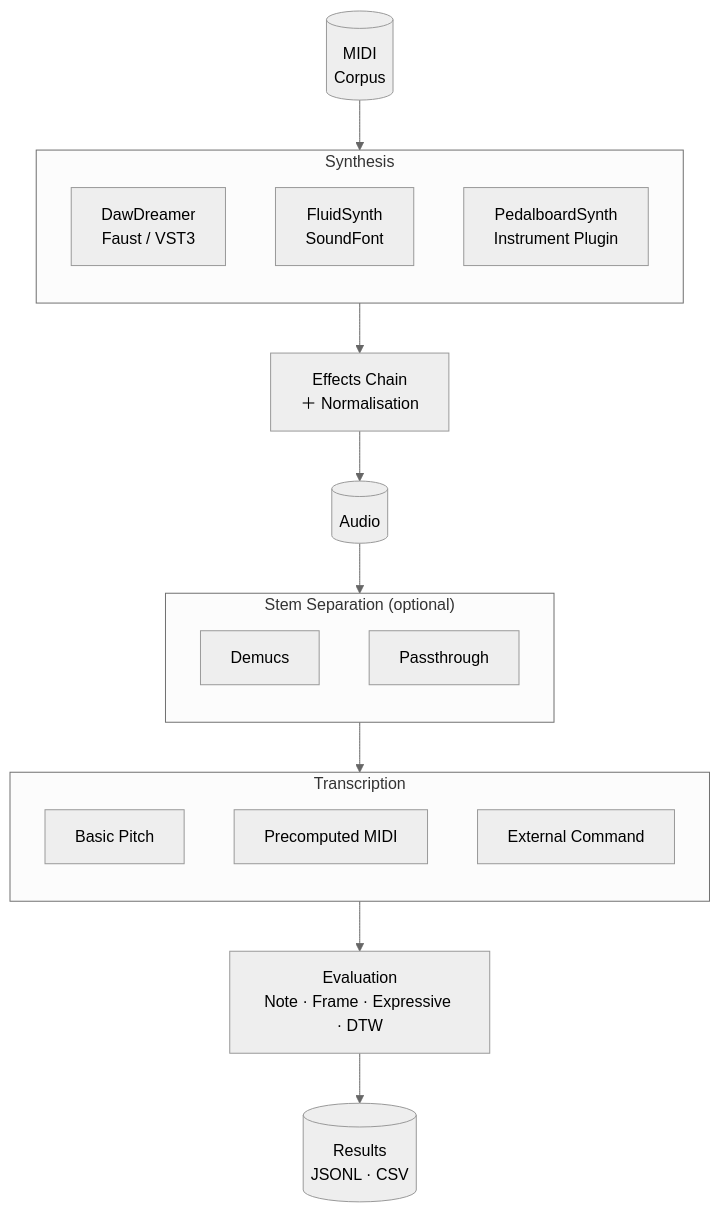
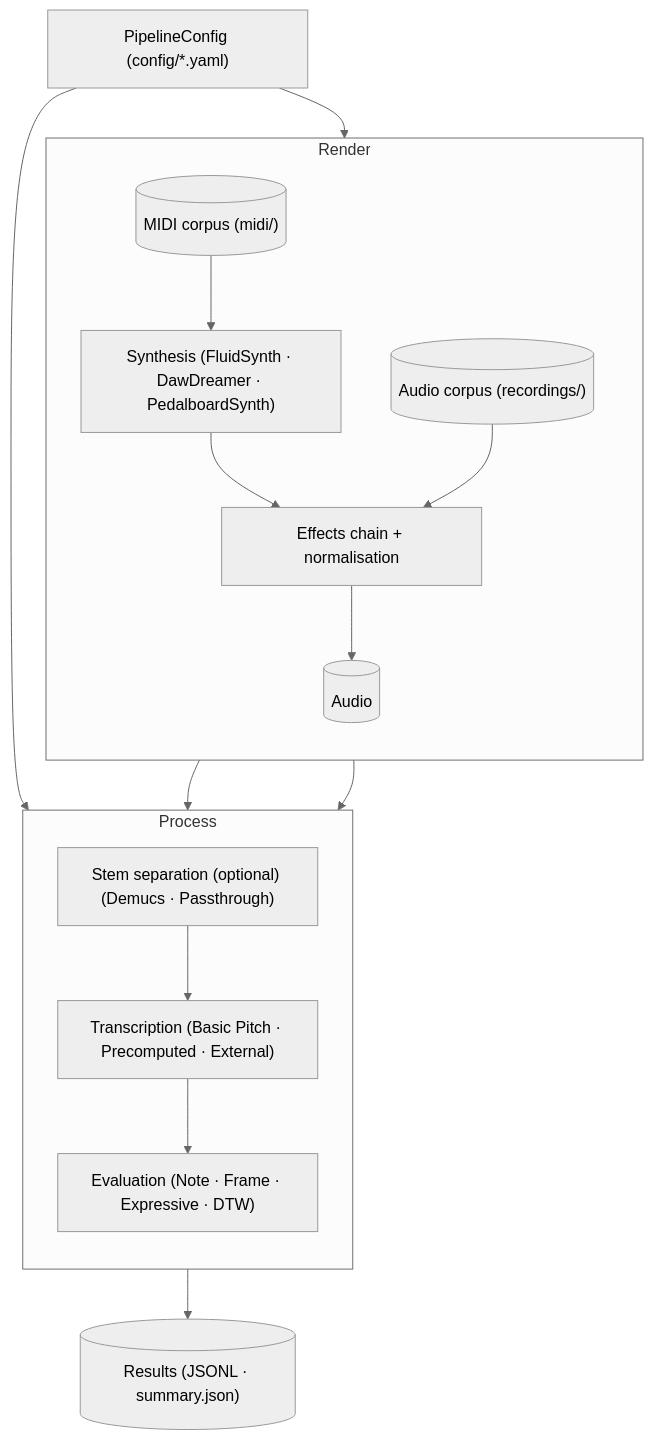
One commit to dadmaan/sonitra changed the first of 10 diagrams in ARCHITECTURE.md. Above: the diagram before and after it, drawn with Mermaid (neutral theme). The commit also changed other lines of this file and 79 other files, not shown here.

````diff
--- a/ARCHITECTURE.md
+++ b/ARCHITECTURE.md
@@ -3,38 +5,30 @@
 ```mermaid
 flowchart TB
-    corpus[("MIDI\nCorpus")]
+    cfg["PipelineConfig (config/*.yaml)"]
 
-    subgraph synth["Synthesis"]
+    subgraph render["Render"]
         direction TB
-        dd["DawDreamer\nFaust / VST3"]
-        fs["FluidSynth\nSoundFont"]
-        pb["PedalboardSynth\nInstrument Plugin"]
+        midi[("MIDI corpus (midi/)")]
+        recordings[("Audio corpus (recordings/)")]
+        synth["Synthesis (FluidSynth · DawDreamer · PedalboardSynth)"]
+        fx["Effects chain + normalisation"]
+        audio[("Audio")]
+        midi --> synth --> fx --> audio
+        recordings --> fx
     end
 
-    fx["Effects Chain\n＋ Normalisation"]
-    audio[("Audio")]
-
-    subgraph sep["Stem Separation (optional)"]
+    subgraph process["Process"]
         direction TB
-        demucs["Demucs"]
-        passthrough["Passthrough"]
+        sep["Stem separation (optional) (Demucs · Passthrough)"]
+        tx["Transcription (Basic Pitch · Precomputed · External)"]
+        eval["Evaluation (Note · Frame · Expressive · DTW)"]
+        audio --> sep --> tx --> eval
     end
 
-    subgraph tx["Transcription"]
-        direction TB
-        bp["Basic Pitch"]
-        pre["Precomputed MIDI"]
-        ext["External Command"]
-    end
+    results[("Results (JSONL · summary.json)")]
 
-    eval["Evaluation\nNote · Frame · Expressive · DTW"]
-    results[("Results\nJSONL · CSV")]
-
-    corpus --> synth
-    synth --> fx
-    fx --> audio
-    audio --> sep
-    sep --> tx
-    tx --> eval
+    cfg --> render
+    cfg --> process
+    midi --> eval
     eval --> results
 ```
````
